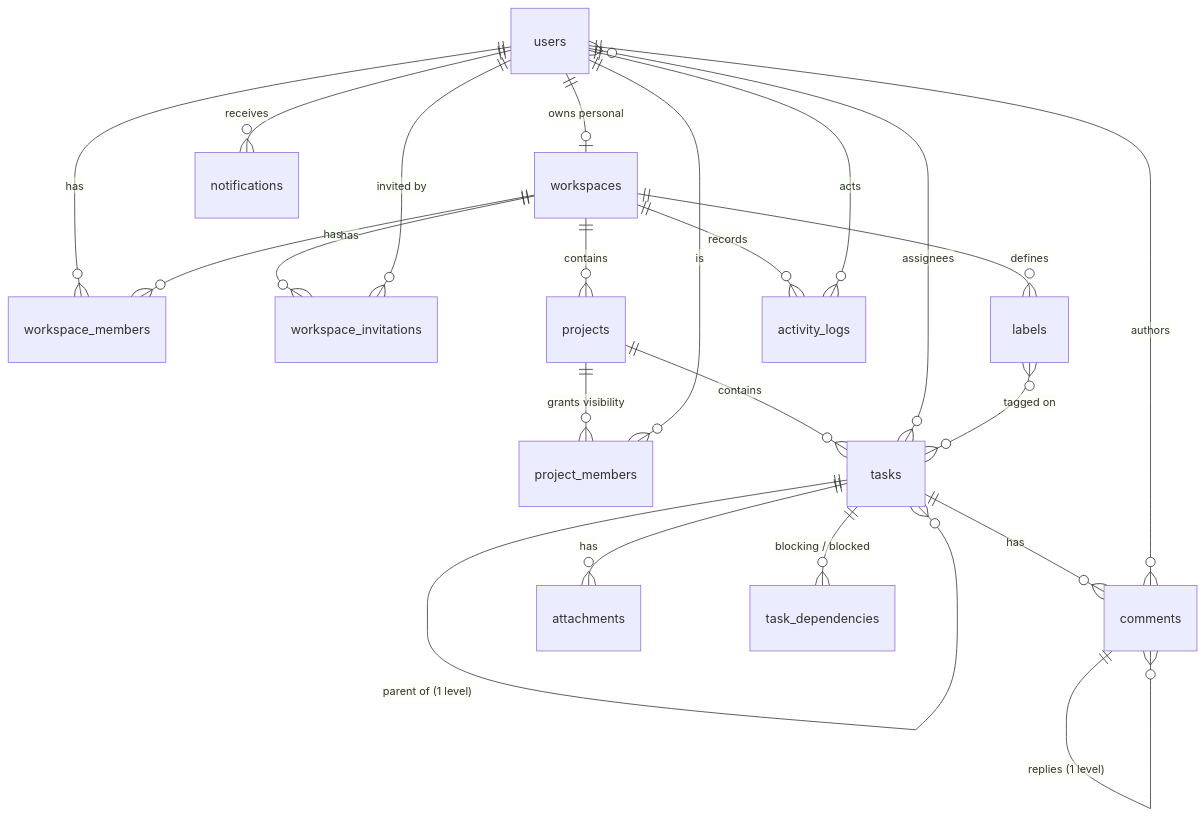
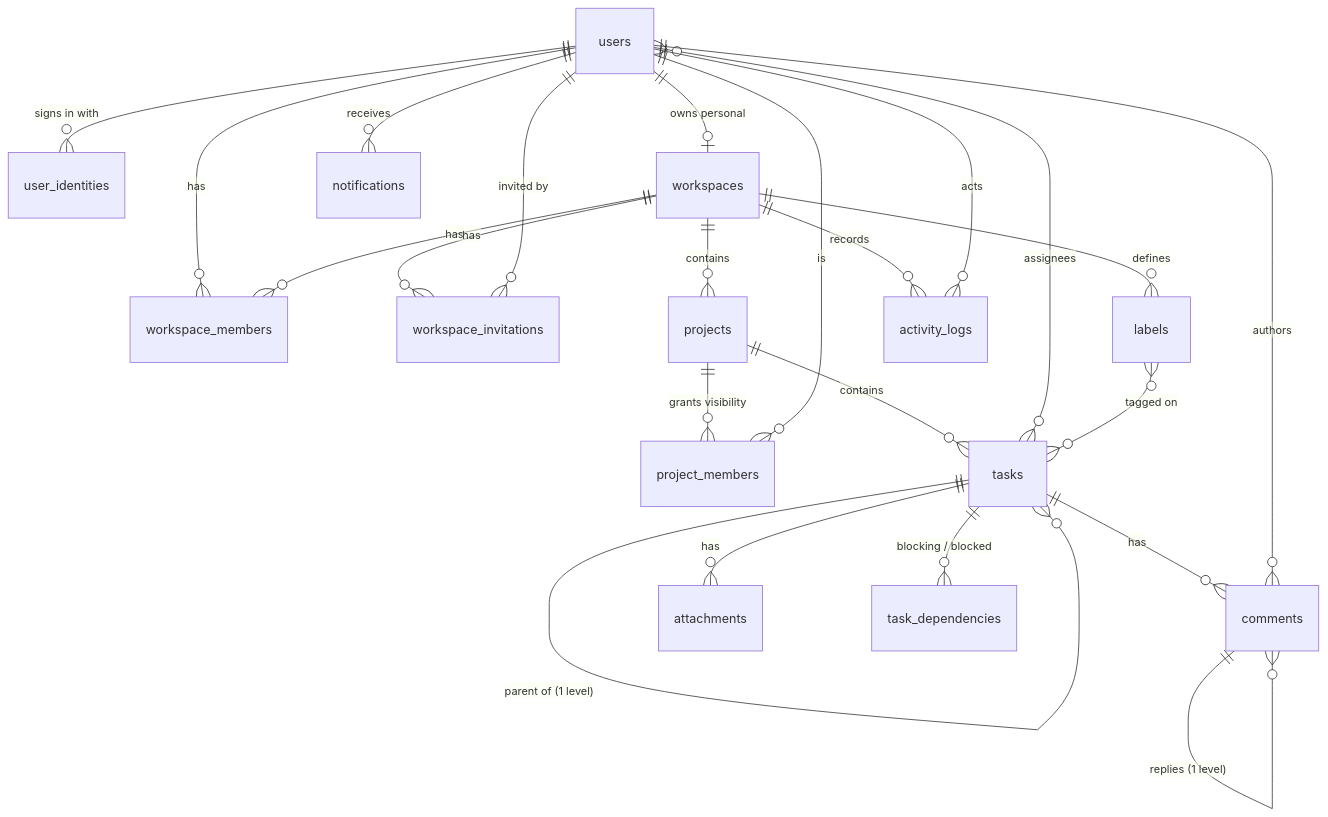
Before and after one commit to aviihs/Taskify-nest: the diagram in docs/DATA_MODEL.md, drawn with Mermaid. The commit also changed other lines of this file and 14 other files, not shown here.

````diff
--- a/docs/DATA_MODEL.md
+++ b/docs/DATA_MODEL.md
@@ -11,24 +11,25 @@
 ```mermaid
 erDiagram
+    users ||--o{ user_identities : "signs in with"
     users ||--o{ workspace_members : "has"
     workspaces ||--o{ workspace_members : "has"
     users ||--o| workspaces : "owns personal"
     workspaces ||--o{ workspace_invitations : "has"
     users ||--o{ workspace_invitations : "invited by"
     workspaces ||--o{ projects : "contains"
     projects ||--o{ project_members : "grants visibility"
     users ||--o{ project_members : "is"
     projects ||--o{ tasks : "contains"
     tasks ||--o{ tasks : "parent of (1 level)"
     users }o--o{ tasks : "assignees"
     workspaces ||--o{ labels : "defines"
     labels }o--o{ tasks : "tagged on"
     tasks ||--o{ comments : "has"
     comments ||--o{ comments : "replies (1 level)"
     users ||--o{ comments : "authors"
     tasks ||--o{ attachments : "has"
     tasks ||--o{ task_dependencies : "blocking / blocked"
     users ||--o{ notifications : "receives"
     workspaces ||--o{ activity_logs : "records"
     users ||--o{ activity_logs : "acts"
 ```
````
